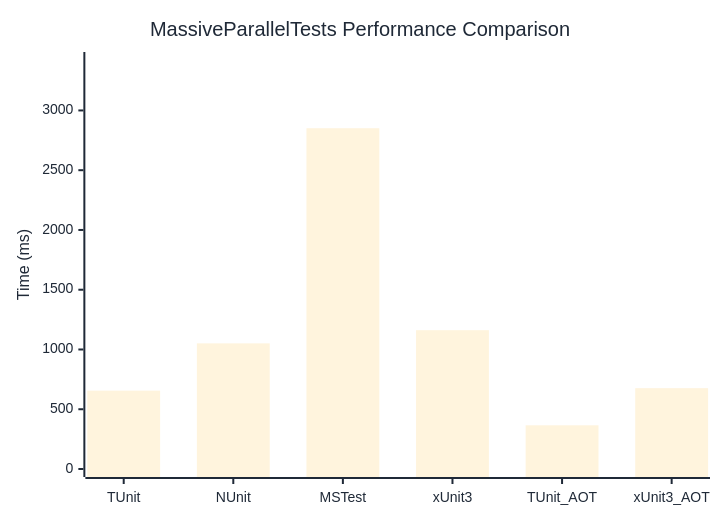
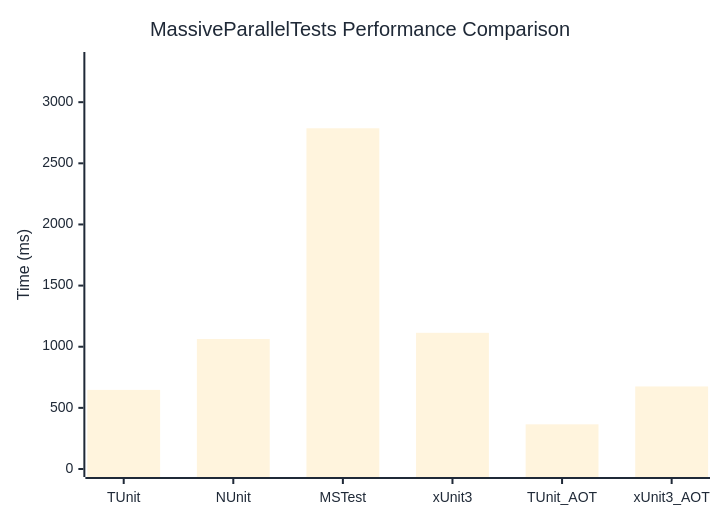
The diagram in docs/docs/benchmarks/engine/MassiveParallelTests.md (thomhurst/TUnit), drawn with Mermaid before and after one commit. The commit also changed other lines of this file and 18 other files, not shown here.

````diff
--- a/docs/docs/benchmarks/engine/MassiveParallelTests.md
+++ b/docs/docs/benchmarks/engine/MassiveParallelTests.md
@@ -30,37 +30,37 @@
 ```mermaid
 %%{init: {
   'theme':'base',
   'themeVariables': {
     'primaryColor': '#2563eb',
     'primaryTextColor': '#1f2937',
     'primaryBorderColor': '#1e40af',
     'lineColor': '#6b7280',
     'secondaryColor': '#7c3aed',
     'tertiaryColor': '#dc2626',
     'background': '#ffffff',
     'mainBkg': '#2563eb',
     'secondBkg': '#7c3aed',
     'tertiaryBkg': '#dc2626',
     'clusterBkg': '#f3f4f6',
     'edgeLabelBackground': '#ffffff',
     'tertiaryTextColor': '#1f2937',
     'pie1': '#2563eb',
     'pie2': '#7c3aed',
     'pie3': '#dc2626',
     'pie4': '#f59e0b',
     'pie5': '#10b981',
     'pie6': '#06b6d4',
     'pie7': '#ec4899',
     'pie8': '#6366f1',
     'pie9': '#84cc16',
     'pie10': '#f97316',
     'pie11': '#14b8a6',
     'pie12': '#a855f7'
   }
 }}%%
 xychart-beta
   title "MassiveParallelTests Performance Comparison"
   x-axis ["TUnit", "NUnit", "MSTest", "xUnit3", "TUnit_AOT", "xUnit3_AOT"]
-  y-axis "Time (ms)" 0 --> 3422
-  bar [655.6, 1051.2, 2851.2, 1161.5, 365.7, 676.3]
+  y-axis "Time (ms)" 0 --> 3345
+  bar [646.9, 1063.4, 2786.7, 1113.7, 365.4, 675.1]
 ```
````
